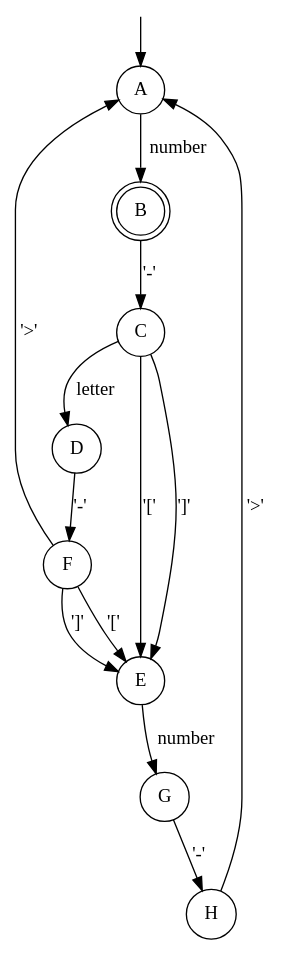
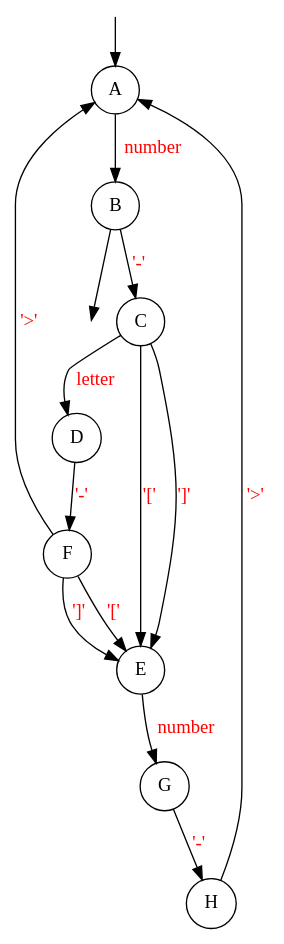
One commit to 0Marble/lgraphs changed the diagram in text/graphs/path_parser.dot. Above: the diagram before and after it, drawn with Graphviz. The commit also changed 26 other files, not shown here.

Commit message:
changed graph images to svg

```diff
--- a/text/graphs/path_parser.dot
+++ b/text/graphs/path_parser.dot
@@ -1,20 +1,21 @@
 digraph {
     node [shape=circle]
     Q0 [style=invisible, height=0, width=0, fixedsize=true]
+    Q1 [style=invisible, height=0, width=0, fixedsize=true]
     Q0 -> A
     
-    A -> B [label="number"]
-    B -> C [label="'-'"]
-    C -> D [label="letter"]
-    C -> E [label="'['"]
-    C -> E [label="']'"]
-    D -> F [label="'-'"]
-    F -> E [label="'['"]
-    F -> E [label="']'"]
-    F -> A [label="'>'"]
-    E -> G [label="number"]
-    G -> H [label="'-'"]
-    H -> A [label="'>'"]
+    A -> B [label="number", fontcolor=red];
+    B -> C [label="'-'", fontcolor=red];
+    C -> D [label="letter", fontcolor=red];
+    C -> E [label="'['", fontcolor=red];
+    C -> E [label="']'", fontcolor=red];
+    D -> F [label="'-'", fontcolor=red];
+    F -> E [label="'['", fontcolor=red];
+    F -> E [label="']'", fontcolor=red];
+    F -> A [label="'>'", fontcolor=red];
+    E -> G [label="number", fontcolor=red];
+    G -> H [label="'-'", fontcolor=red];
+    H -> A [label="'>'", fontcolor=red];
 
-    B [shape=doublecircle];
+    B -> Q1;
 }
```
